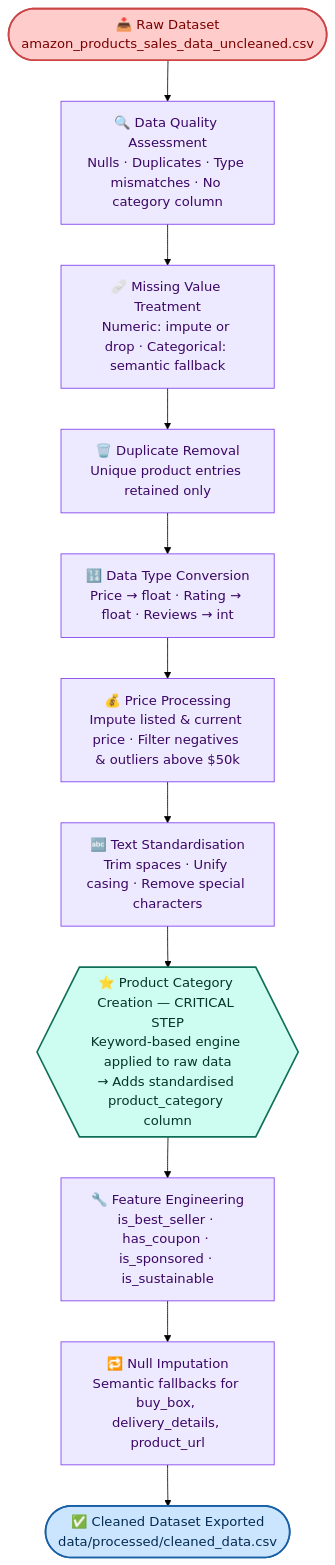
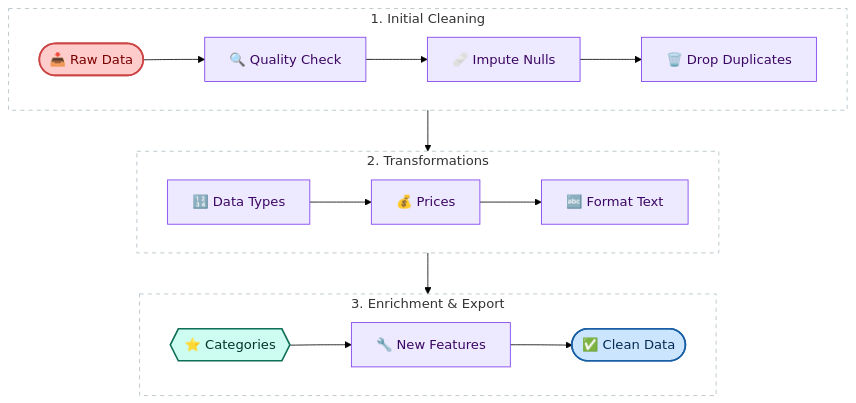
The second of 2 diagrams in README.md (swagatobauri/E_G1_DVACapstone2), drawn with Mermaid (forest theme) before and after one commit. The commit also changed other lines of this file, not shown here.

````diff
--- a/README.md
+++ b/README.md
@@ -89,19 +85,31 @@
 ```mermaid
 flowchart TD
-    A([📥 Raw Dataset\namazon_products_sales_data_uncleaned.csv]):::input --> B
-    B[🔍 Data Quality Assessment\nNulls · Duplicates · Type mismatches · No category column]:::step --> C
-    C[🩹 Missing Value Treatment\nNumeric: impute or drop · Categorical: semantic fallback]:::step --> D
-    D[🗑️ Duplicate Removal\nUnique product entries retained only]:::step --> E
-    E[🔢 Data Type Conversion\nPrice → float · Rating → float · Reviews → int]:::step --> F
-    F[💰 Price Processing\nImpute listed & current price · Filter negatives & outliers above $50k]:::step --> G
-    G[🔤 Text Standardisation\nTrim spaces · Unify casing · Remove special characters]:::step --> H
-    H{{"⭐ Product Category Creation — CRITICAL STEP\nKeyword-based engine applied to raw data\n→ Adds standardised product_category column"}}:::critical --> I
-    I[🔧 Feature Engineering\nis_best_seller · has_coupon · is_sponsored · is_sustainable]:::step --> J
-    J[🔁 Null Imputation\nSemantic fallbacks for buy_box, delivery_details, product_url]:::step --> K
-    K([✅ Cleaned Dataset Exported\ndata/processed/cleaned_data.csv]):::output
+    subgraph Phase1 [1. Initial Cleaning]
+        direction LR
+        A([📥 Raw Data]):::input --> B[🔍 Quality Check]:::step --> C[🩹 Impute Nulls]:::step --> D[🗑️ Drop Duplicates]:::step
+    end
 
+    subgraph Phase2 [2. Transformations]
+        direction LR
+        E[🔢 Data Types]:::step --> F[💰 Prices]:::step --> G[🔤 Format Text]:::step
+    end
+
+    subgraph Phase3 [3. Enrichment & Export]
+        direction LR
+        H{{"⭐ Categories"}}:::critical --> I[🔧 New Features]:::step --> J([✅ Clean Data]):::output
+    end
+
+    %% Direct connections between phases to save space
+    Phase1 --> Phase2 --> Phase3
+
+    %% Custom Colors
     classDef input    fill:#ffcccc,stroke:#cc4444,stroke-width:2px,color:#7a0000
     classDef step     fill:#ede9fe,stroke:#7c3aed,stroke-width:1px,color:#3b0764
     classDef critical fill:#ccfdf0,stroke:#0f6e56,stroke-width:2px,color:#04342c
     classDef output   fill:#cce5ff,stroke:#185fa5,stroke-width:2px,color:#042c53
+    
+    %% Clean border style
+    style Phase1 fill:none,stroke:#b0bec5,stroke-dasharray: 5 5
+    style Phase2 fill:none,stroke:#b0bec5,stroke-dasharray: 5 5
+    style Phase3 fill:none,stroke:#b0bec5,stroke-dasharray: 5 5
 ```
````
